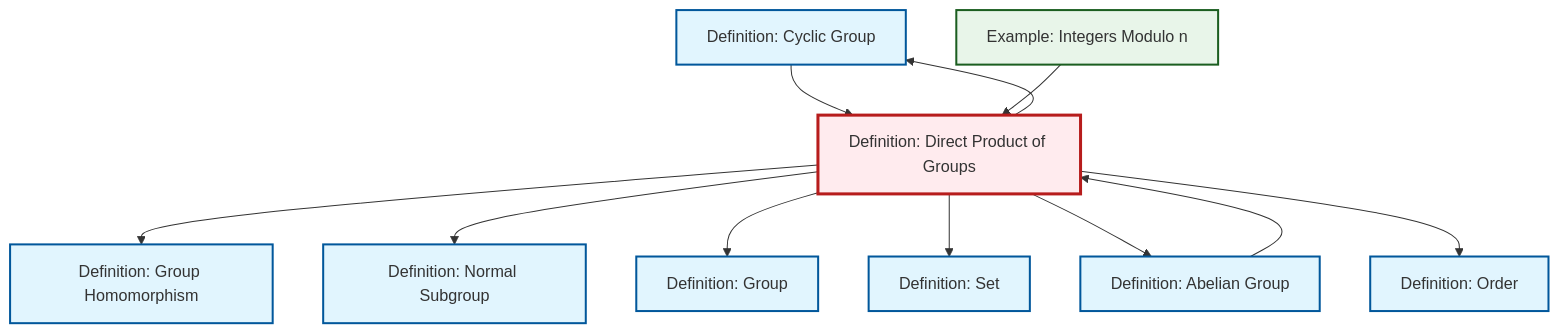
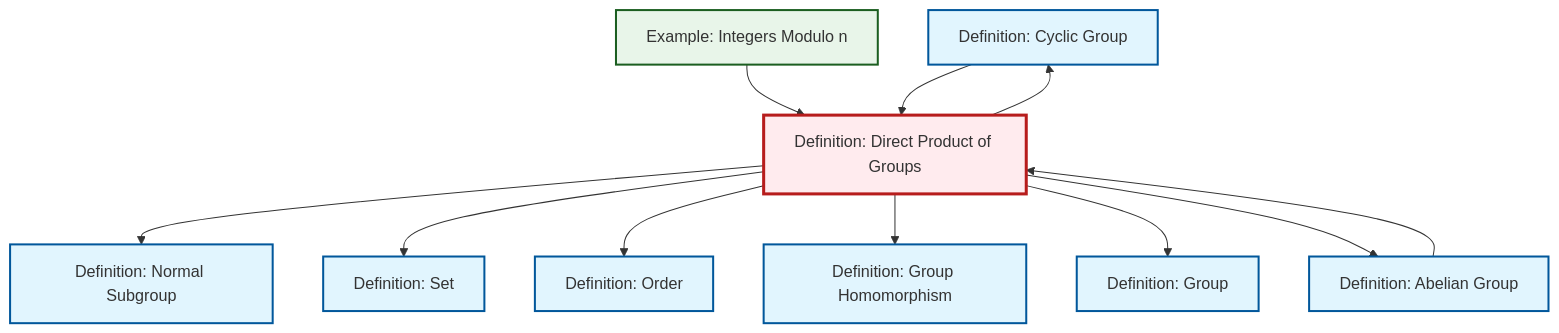
One commit to RK0429/ModernMath changed the diagram in content/en/algebra/def-direct-product.qmd. Above: the diagram before and after it, drawn with Mermaid. The commit also changed other lines of this file and 672 other files, not shown here.

````diff
--- a/content/en/algebra/def-direct-product.qmd
+++ b/content/en/algebra/def-direct-product.qmd
@@ -107,37 +107,37 @@
 ```{mermaid}
 %%| fig-cap: "Local dependency graph"
 graph TD
     classDef definition fill:#e1f5fe,stroke:#01579b,stroke-width:2px
     classDef theorem fill:#f3e5f5,stroke:#4a148c,stroke-width:2px
     classDef axiom fill:#fff3e0,stroke:#e65100,stroke-width:2px
     classDef example fill:#e8f5e9,stroke:#1b5e20,stroke-width:2px
     classDef current fill:#ffebee,stroke:#b71c1c,stroke-width:3px
+    def-set["Definition: Set"]:::definition
+    def-normal-subgroup["Definition: Normal Subgroup"]:::definition
     def-cyclic-group["Definition: Cyclic Group"]:::definition
     def-order["Definition: Order"]:::definition
-    def-set["Definition: Set"]:::definition
+    def-direct-product["Definition: Direct Product of Groups"]:::definition
+    ex-quotient-integers-mod-n["Example: Integers Modulo n"]:::example
+    def-homomorphism["Definition: Group Homomorphism"]:::definition
+    def-group["Definition: Group"]:::definition
     def-abelian-group["Definition: Abelian Group"]:::definition
-    def-normal-subgroup["Definition: Normal Subgroup"]:::definition
-    def-homomorphism["Definition: Group Homomorphism"]:::definition
-    def-direct-product["Definition: Direct Product of Groups"]:::definition
-    def-group["Definition: Group"]:::definition
-    ex-quotient-integers-mod-n["Example: Integers Modulo n"]:::example
+    def-direct-product --> def-normal-subgroup
+    ex-quotient-integers-mod-n --> def-direct-product
+    def-direct-product --> def-set
+    def-direct-product --> def-order
+    def-cyclic-group --> def-direct-product
+    def-abelian-group --> def-direct-product
     def-direct-product --> def-homomorphism
-    def-direct-product --> def-normal-subgroup
-    def-cyclic-group --> def-direct-product
+    def-direct-product --> def-cyclic-group
     def-direct-product --> def-group
-    def-direct-product --> def-cyclic-group
-    def-abelian-group --> def-direct-product
-    def-direct-product --> def-set
-    ex-quotient-integers-mod-n --> def-direct-product
     def-direct-product --> def-abelian-group
-    def-direct-product --> def-order
     class def-direct-product current
+    click def-set "def-set.html" "Go to Set definition"
+    click def-normal-subgroup "def-normal-subgroup.html" "Go to Normal Subgroup definition"
     click def-cyclic-group "def-cyclic-group.html" "Go to Cyclic Group definition"
     click def-order "def-order.html" "Go to Order definition"
-    click def-set "def-set.html" "Go to Set definition"
-    click def-abelian-group "def-abelian-group.html" "Go to Abelian Group definition"
-    click def-normal-subgroup "def-normal-subgroup.html" "Go to Normal Subgroup definition"
+    click ex-quotient-integers-mod-n "ex-quotient-integers-mod-n.html" "Go to Integers Modulo n example"
     click def-homomorphism "def-homomorphism.html" "Go to Group Homomorphism definition"
     click def-group "def-group.html" "Go to Group definition"
-    click ex-quotient-integers-mod-n "ex-quotient-integers-mod-n.html" "Go to Integers Modulo n example"
+    click def-abelian-group "def-abelian-group.html" "Go to Abelian Group definition"
 ```
````
